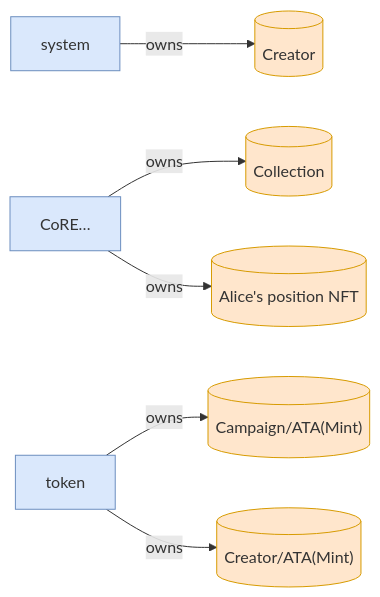
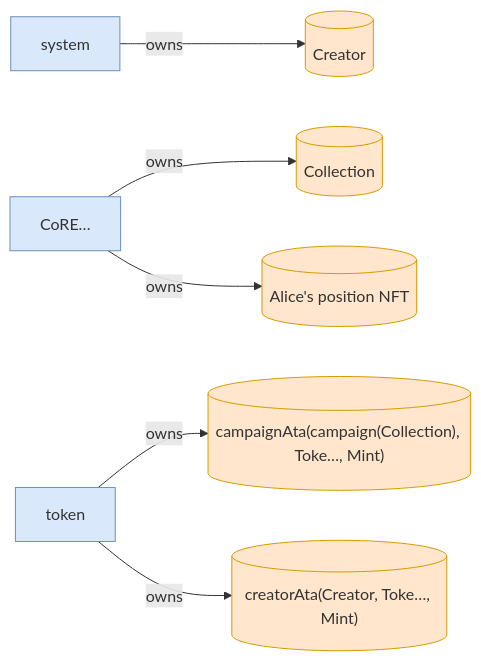
Before and after one commit to cds-turbin3/vesting-position: the ninth of 12 diagrams in babelfish-tests/test-report/vested_tokens_are_forfeited_past_the_grace_window.md, drawn with Mermaid. The commit also changed other lines of this file and 51 other files, not shown here.

````diff
--- a/babelfish-tests/test-report/vested_tokens_are_forfeited_past_the_grace_window.md
+++ b/babelfish-tests/test-report/vested_tokens_are_forfeited_past_the_grace_window.md
@@ -460,19 +417,19 @@
 ```mermaid
 flowchart LR
     system["system"]:::program
     Creator[("Creator")]:::state
     CoRE["CoRE…"]:::program
     Collection[("Collection")]:::state
     AlicespositionNFT[("Alice's position NFT")]:::state
     token["token"]:::program
-    CampaignATAMint[("Campaign/ATA(Mint)")]:::state
-    CreatorATAMint[("Creator/ATA(Mint)")]:::state
+    campaignAtacampaignCollectionTokeMint[("campaignAta(campaign(Collection), Toke…, Mint)")]:::state
+    creatorAtaCreatorTokeMint[("creatorAta(Creator, Toke…, Mint)")]:::state
     system -->|owns| Creator
     CoRE -->|owns| Collection
     CoRE -->|owns| AlicespositionNFT
-    token -->|owns| CampaignATAMint
-    token -->|owns| CreatorATAMint
+    token -->|owns| campaignAtacampaignCollectionTokeMint
+    token -->|owns| creatorAtaCreatorTokeMint
     classDef program fill:#dae8fc,stroke:#6c8ebf;
     classDef signer fill:#d5e8d4,stroke:#82b366;
     classDef state fill:#ffe6cc,stroke:#d79b00;
 ```
````
